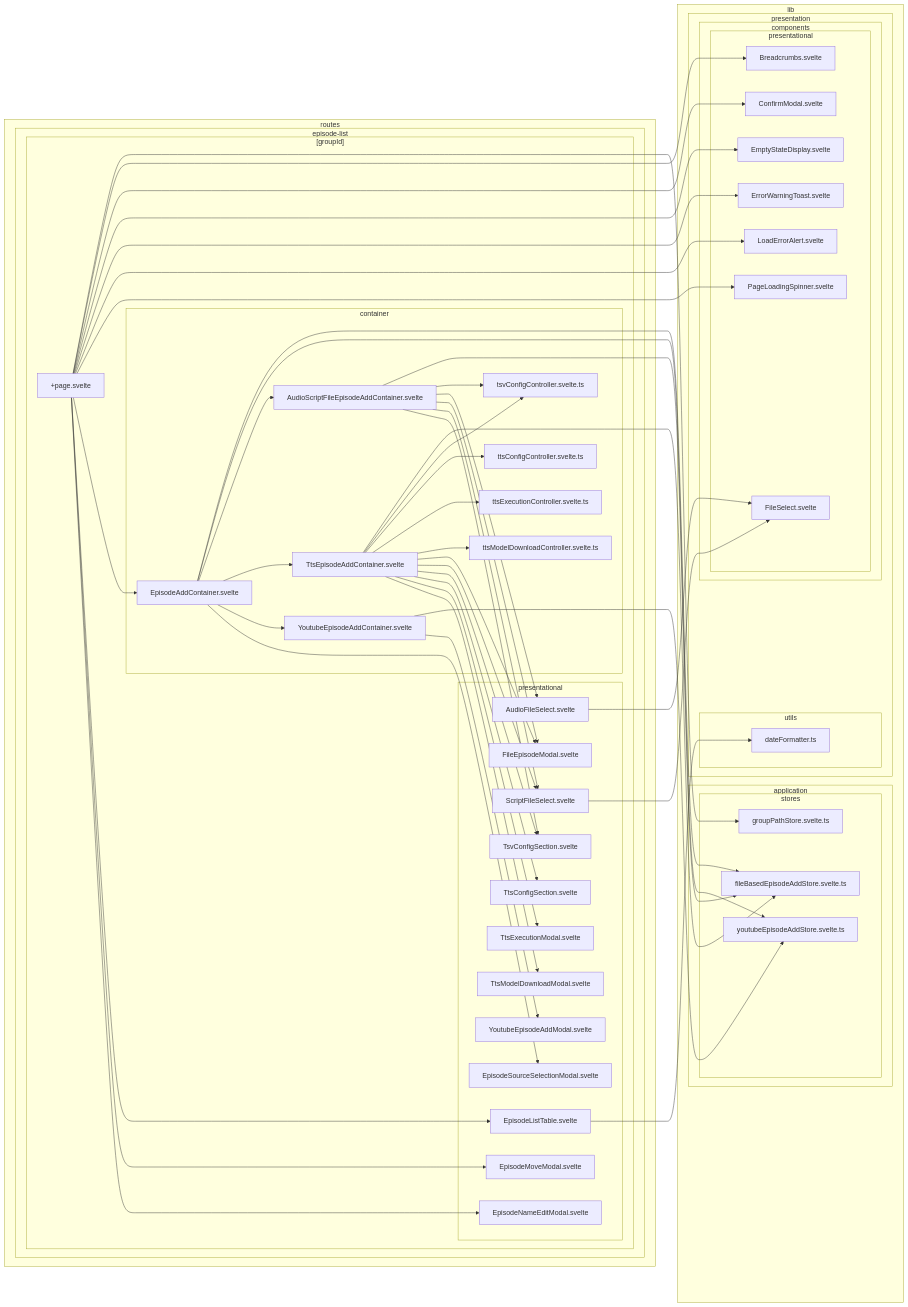
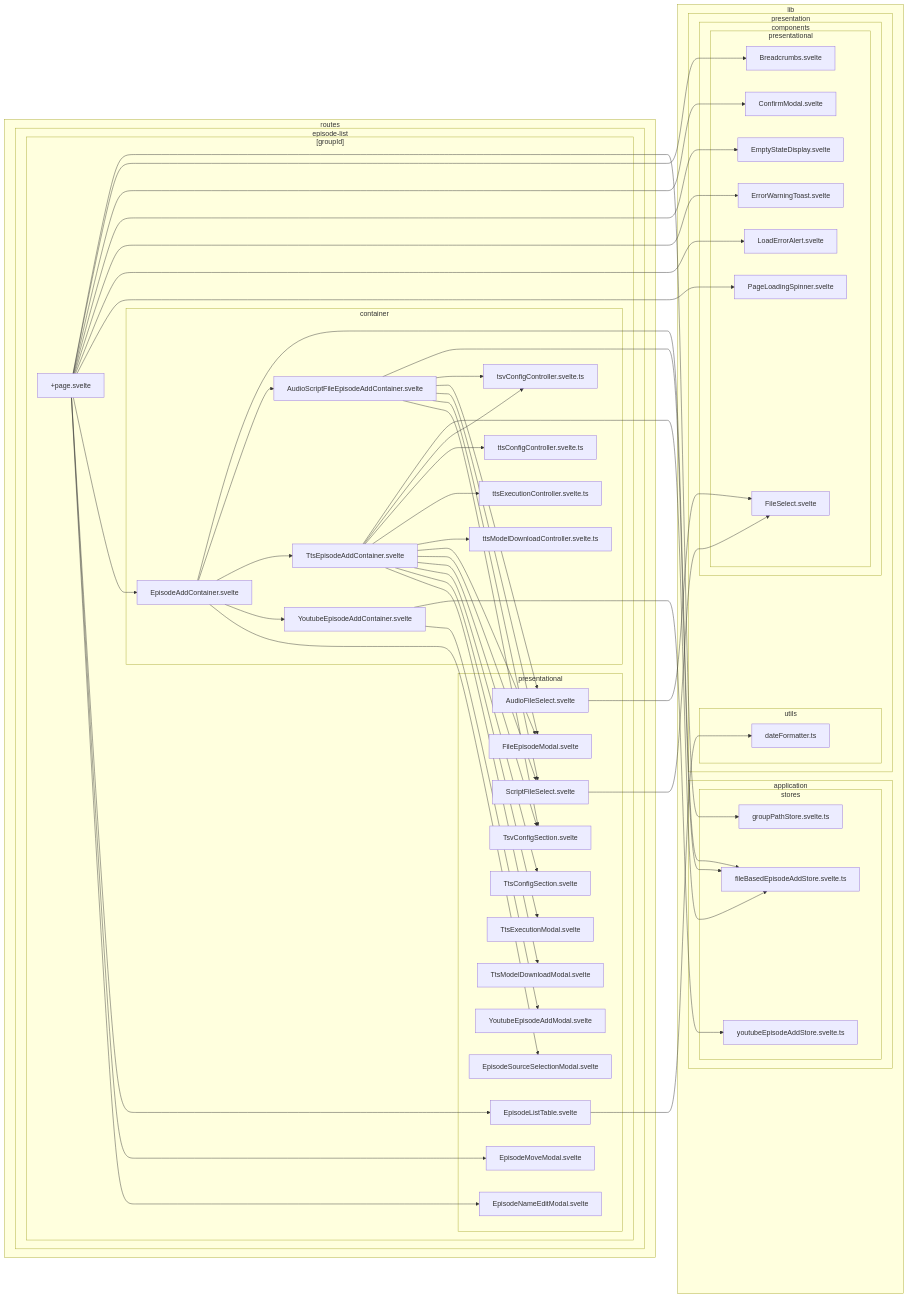
The second of 38 diagrams in doc/dependency-graph.md (k5n/kotonoha), drawn with Mermaid before and after one commit. The commit also changed other lines of this file and 8 other files, not shown here.

```diff
--- a/doc/dependency-graph.md
+++ b/doc/dependency-graph.md
@@ -126,7 +126,6 @@
     src_routes_episode_list__groupId___page_svelte --> src_routes_episode_list__groupId__presentational_EpisodeMoveModal_svelte
     src_routes_episode_list__groupId___page_svelte --> src_routes_episode_list__groupId__presentational_EpisodeNameEditModal_svelte
     src_routes_episode_list__groupId__container_EpisodeAddContainer_svelte --> src_lib_application_stores_fileBasedEpisodeAddStore_svelte_ts
-    src_routes_episode_list__groupId__container_EpisodeAddContainer_svelte --> src_lib_application_stores_youtubeEpisodeAddStore_svelte_ts
     src_routes_episode_list__groupId__container_EpisodeAddContainer_svelte --> src_routes_episode_list__groupId__container_AudioScriptFileEpisodeAddContainer_svelte
     src_routes_episode_list__groupId__container_EpisodeAddContainer_svelte --> src_routes_episode_list__groupId__container_TtsEpisodeAddContainer_svelte
     src_routes_episode_list__groupId__container_EpisodeAddContainer_svelte --> src_routes_episode_list__groupId__container_YoutubeEpisodeAddContainer_svelte
```
